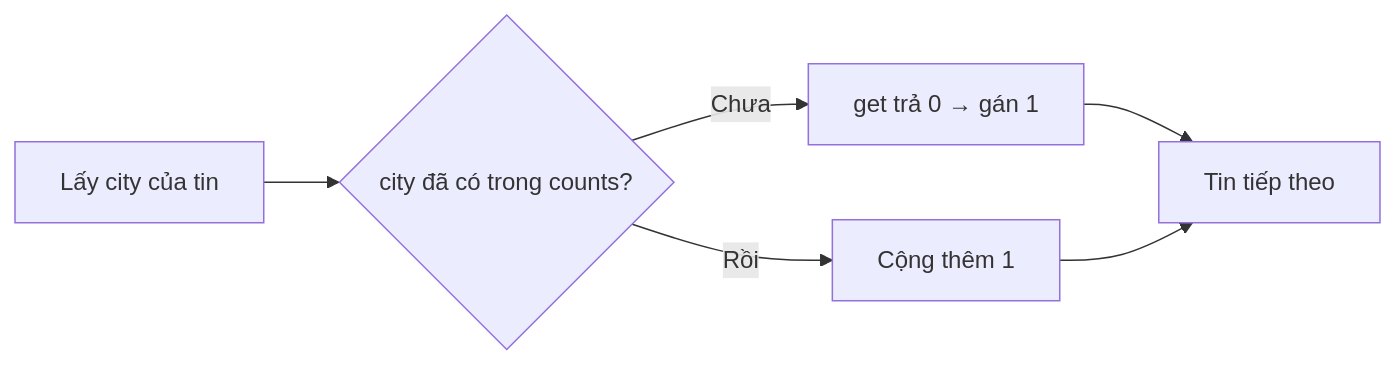
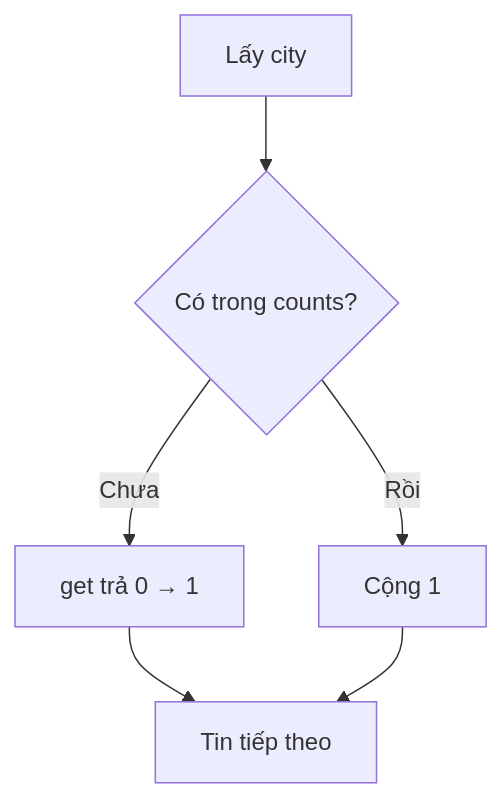
One commit to ht-nah98/ai-academy changed the third of 3 diagrams in academy/curriculum/L01-python-co-ban/lesson.md. Above: the diagram before and after it, drawn with Mermaid. The commit also changed other lines of this file and 54 other files, not shown here.

````diff
--- a/academy/curriculum/L01-python-co-ban/lesson.md
+++ b/academy/curriculum/L01-python-co-ban/lesson.md
@@ -160,8 +160,8 @@
 ```mermaid
-flowchart LR
-    A["Lấy city của tin"] --> B{"city đã có trong counts?"}
-    B -- "Chưa" --> C["get trả 0 → gán 1"]
-    B -- "Rồi" --> D["Cộng thêm 1"]
+flowchart TD
+    A["Lấy city"] --> B{"Có trong counts?"}
+    B -- "Chưa" --> C["get trả 0 → 1"]
+    B -- "Rồi" --> D["Cộng 1"]
     C --> E["Tin tiếp theo"]
     D --> E
 ```
````
